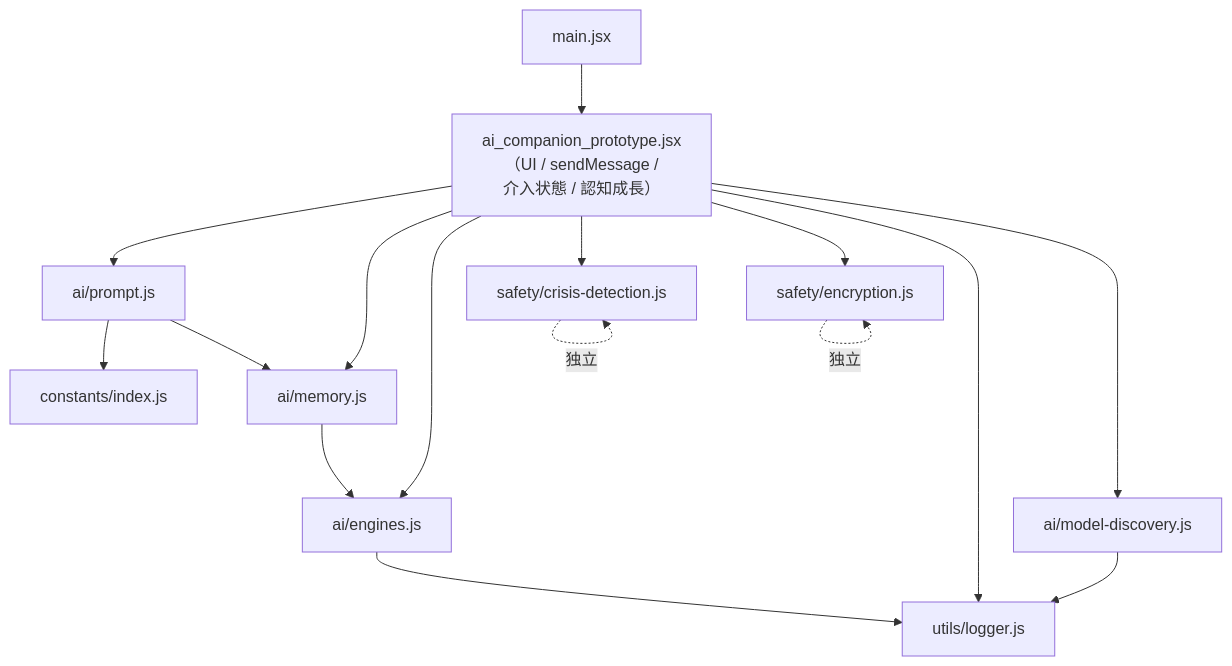
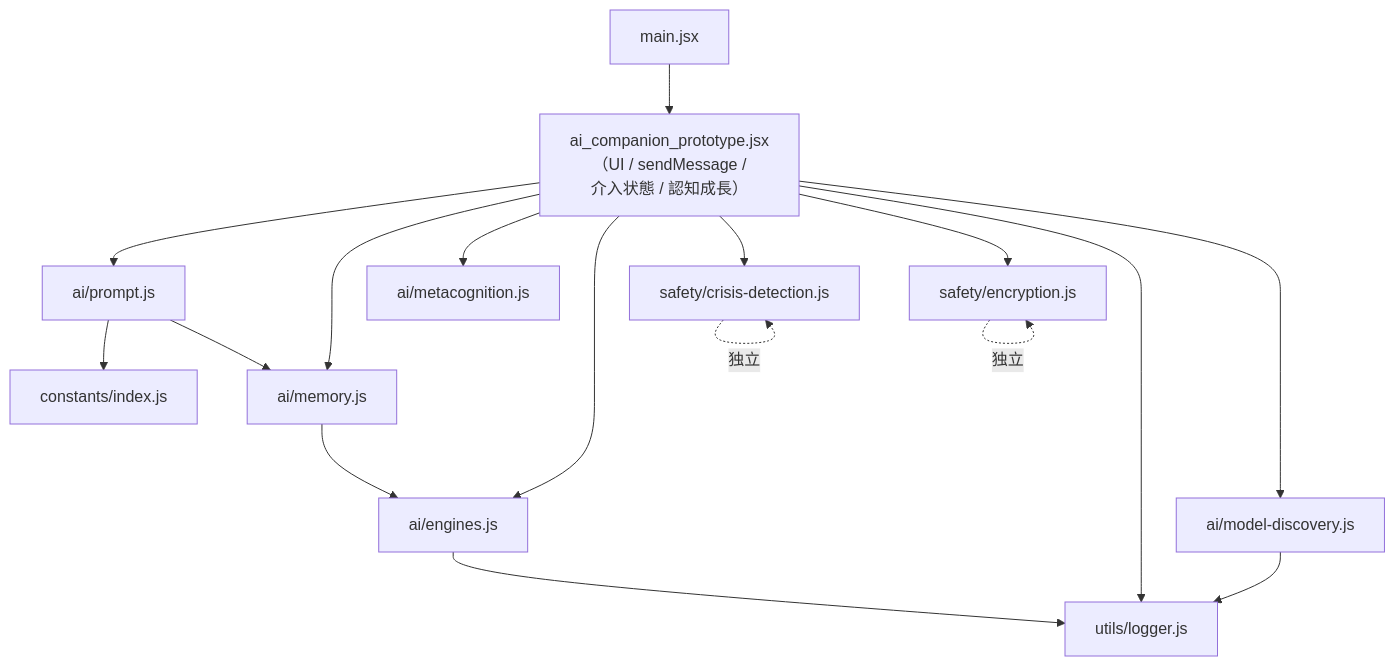
Before and after one commit to neko107-stack/ai-companion-safety-framework: the first of 2 diagrams in CODE_OVERVIEW.md, drawn with Mermaid. The commit also changed other lines of this file and 6 other files, not shown here.

````diff
--- a/CODE_OVERVIEW.md
+++ b/CODE_OVERVIEW.md
@@ -35,20 +36,21 @@
 ```mermaid
 flowchart TD
     main["main.jsx"] --> proto["ai_companion_prototype.jsx<br/>（UI / sendMessage /<br/>介入状態 / 認知成長）"]
     proto --> prompt["ai/prompt.js"]
     proto --> memory["ai/memory.js"]
+    proto --> metacog["ai/metacognition.js"]
     proto --> engines["ai/engines.js"]
     proto --> crisis["safety/crisis-detection.js"]
     proto --> crypto["safety/encryption.js"]
     proto --> logger["utils/logger.js"]
     proto --> discovery["ai/model-discovery.js"]
 
     prompt --> constants["constants/index.js"]
     prompt --> memory
     memory --> engines
     engines --> logger
     discovery --> logger
 
     crisis -.独立.-> crisis
     crypto -.独立.-> crypto
 ```
````
